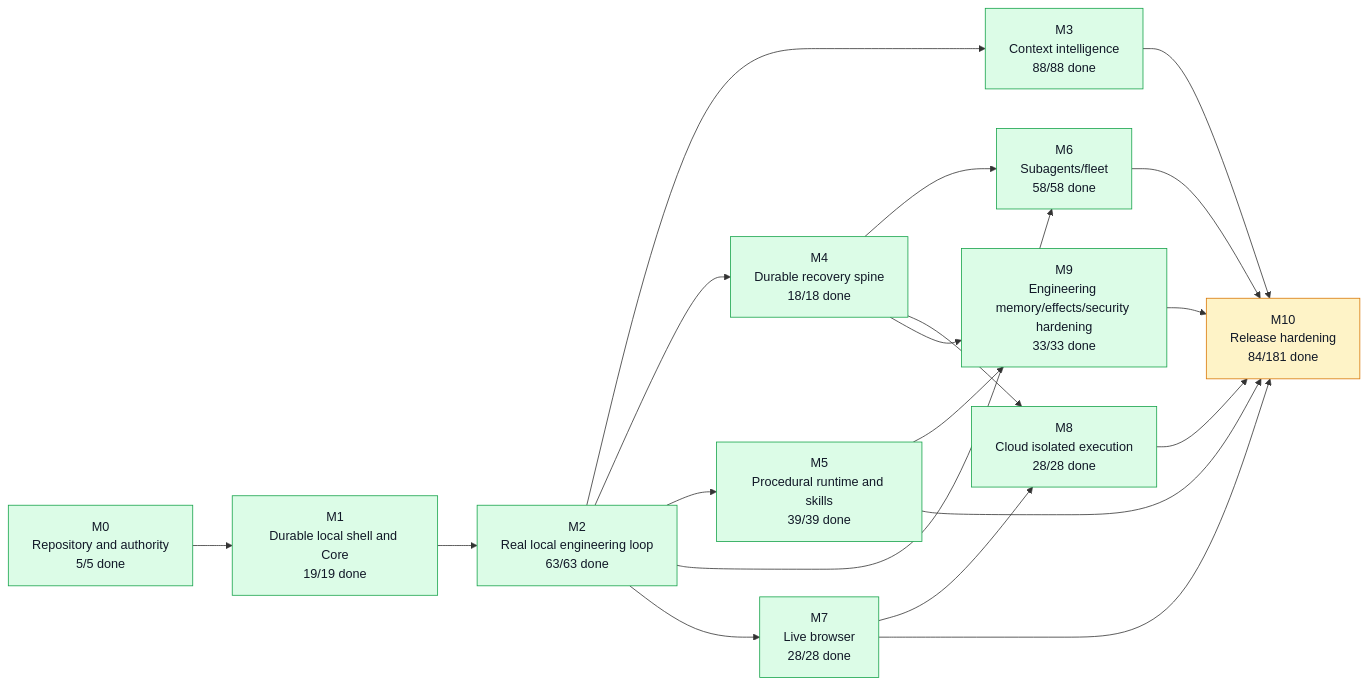
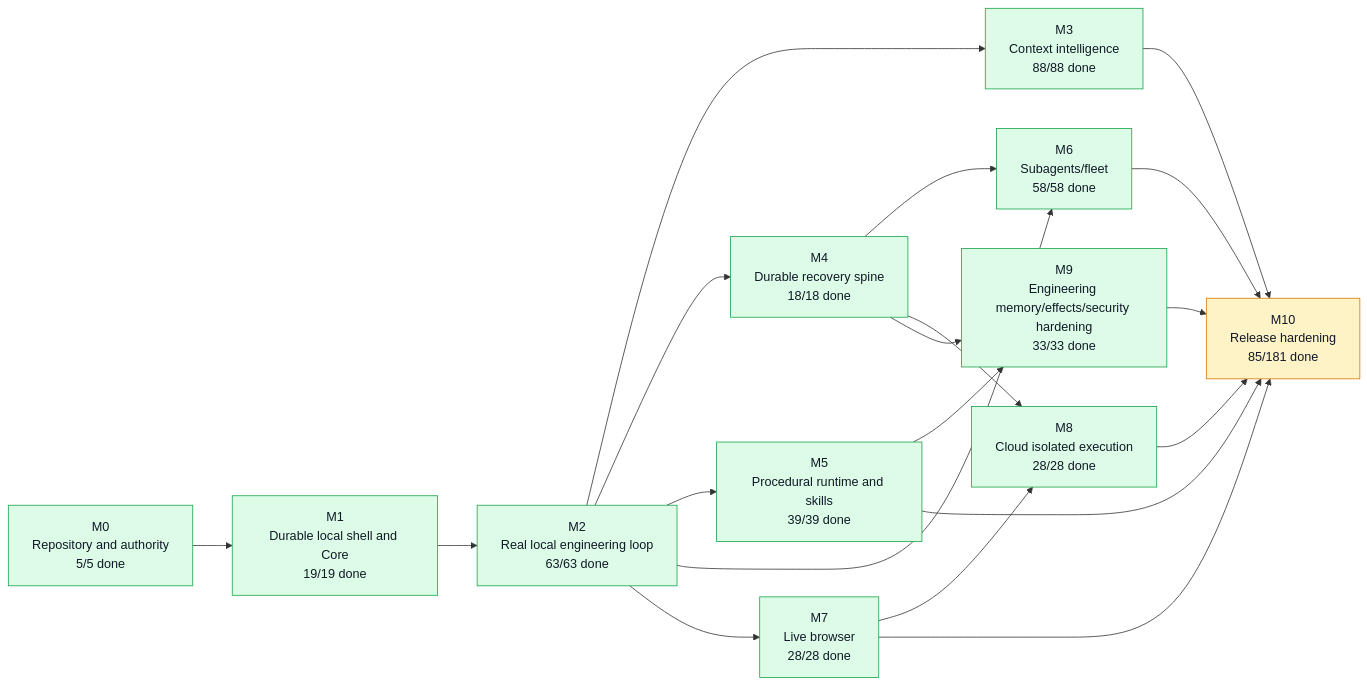
One commit to moss101/modbit changed the first of 5 diagrams in graph/PROJECT_GRAPH.md. Above: the diagram before and after it, drawn with Mermaid. The commit also changed other lines of this file and 5 other files, not shown here.

````diff
--- a/graph/PROJECT_GRAPH.md
+++ b/graph/PROJECT_GRAPH.md
@@ -57,43 +57,43 @@
 ```mermaid
 flowchart LR
   M0["M0<br/>Repository and authority<br/>5/5 done"]
   M1["M1<br/>Durable local shell and Core<br/>19/19 done"]
   M2["M2<br/>Real local engineering loop<br/>63/63 done"]
   M3["M3<br/>Context intelligence<br/>88/88 done"]
   M4["M4<br/>Durable recovery spine<br/>18/18 done"]
   M5["M5<br/>Procedural runtime and skills<br/>39/39 done"]
   M6["M6<br/>Subagents/fleet<br/>58/58 done"]
   M7["M7<br/>Live browser<br/>28/28 done"]
   M8["M8<br/>Cloud isolated execution<br/>28/28 done"]
   M9["M9<br/>Engineering memory/effects/security hardening<br/>33/33 done"]
-  M10["M10<br/>Release hardening<br/>84/181 done"]
+  M10["M10<br/>Release hardening<br/>85/181 done"]
   M0 --> M1
   M1 --> M2
   M2 --> M3
   M2 --> M4
   M2 --> M5
   M2 --> M6
   M4 --> M6
   M2 --> M7
   M4 --> M8
   M7 --> M8
   M4 --> M9
   M5 --> M9
   M3 --> M10
   M5 --> M10
   M6 --> M10
   M7 --> M10
   M8 --> M10
   M9 --> M10
   style M0 fill:#dcfce7,stroke:#16a34a,color:#111827
   style M1 fill:#dcfce7,stroke:#16a34a,color:#111827
   style M2 fill:#dcfce7,stroke:#16a34a,color:#111827
   style M3 fill:#dcfce7,stroke:#16a34a,color:#111827
   style M4 fill:#dcfce7,stroke:#16a34a,color:#111827
   style M5 fill:#dcfce7,stroke:#16a34a,color:#111827
   style M6 fill:#dcfce7,stroke:#16a34a,color:#111827
   style M7 fill:#dcfce7,stroke:#16a34a,color:#111827
   style M8 fill:#dcfce7,stroke:#16a34a,color:#111827
   style M9 fill:#dcfce7,stroke:#16a34a,color:#111827
   style M10 fill:#fef3c7,stroke:#d97706,color:#111827
 ```
````
